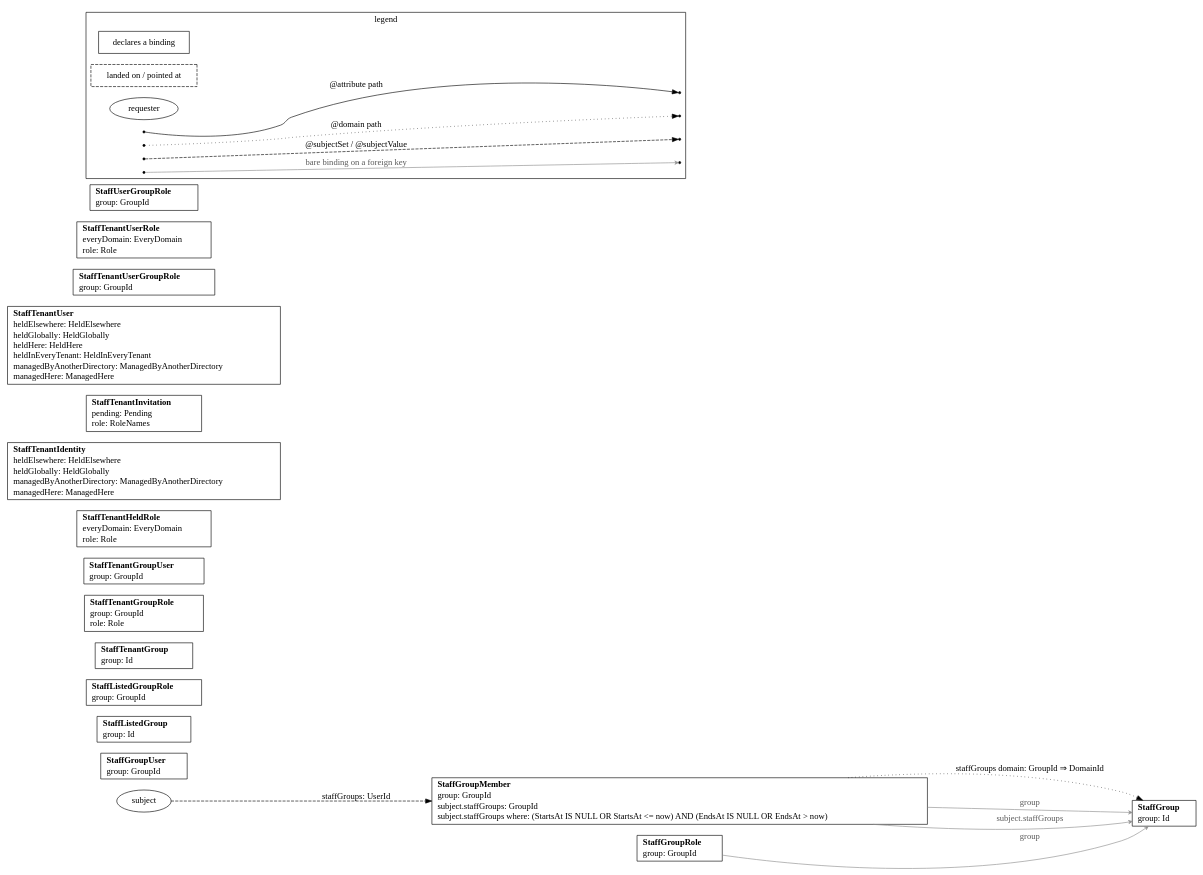
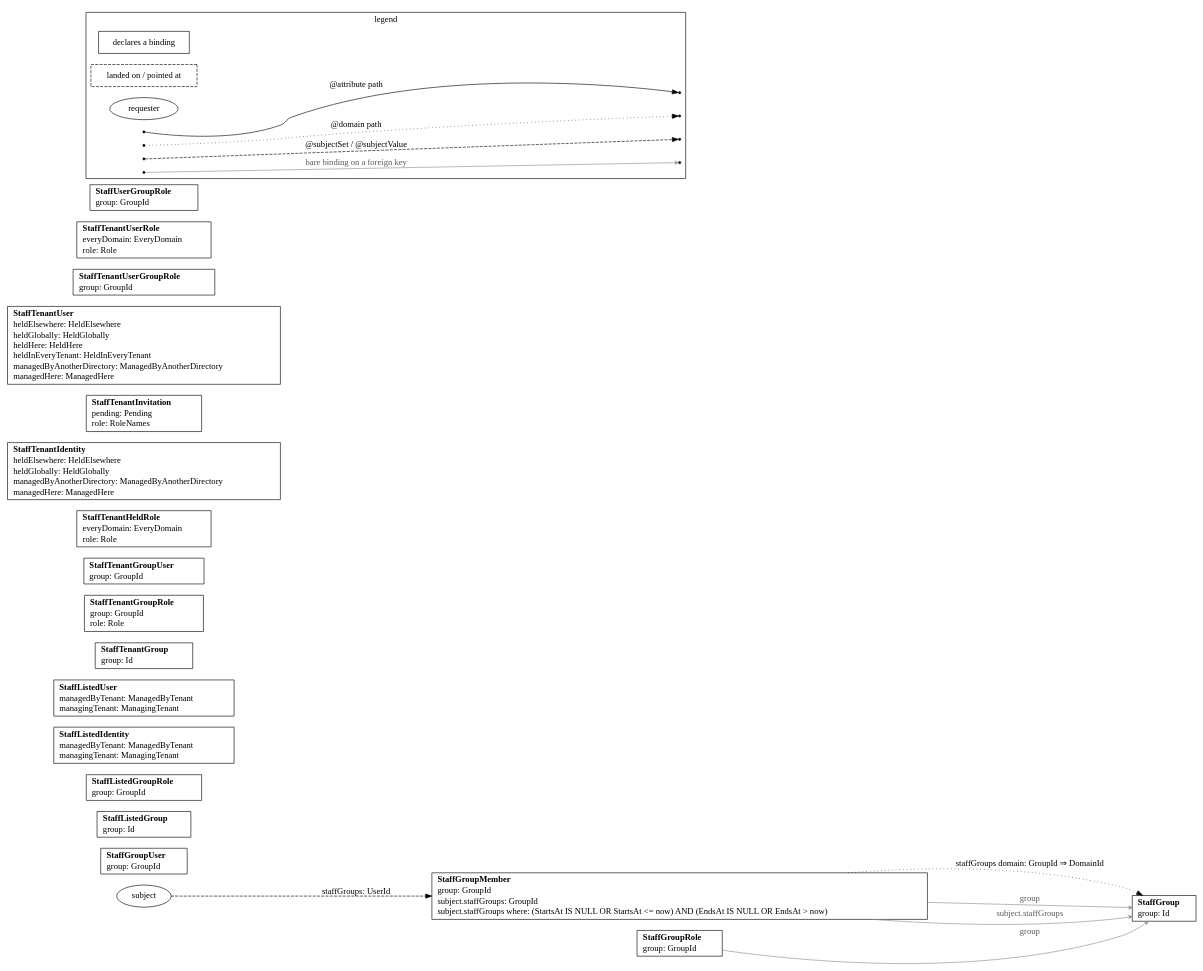
One commit to impulseframework/impulse changed the diagram in cmd/impulse/internal/skeleton/_candidates/tenanted/pkg/resources/zz_gen_bindings.dot. Above: the diagram before and after it, drawn with Graphviz. The commit also changed 106 other files, not shown here.

```diff
--- a/cmd/impulse/internal/skeleton/_candidates/tenanted/pkg/resources/zz_gen_bindings.dot
+++ b/cmd/impulse/internal/skeleton/_candidates/tenanted/pkg/resources/zz_gen_bindings.dot
@@ -1,62 +1,64 @@
 // Code generated by resourcegeneration. DO NOT EDIT.
 // Bindings: every attribute and subject binding this package declares. A box per
 // declaring resource lists its bare bindings as `name: column`; dashed boxes are
 // the tables a path lands on or a foreign key points at; the subject ellipse is
 // the requester, entering each anchor once with every name it yields there. One
 // edge per hop, drawn once however many paths share it: solid for @attribute,
 // dotted for @domain, dashed for a subject binding, labeled `name: column` on a
 // continuing hop and `name: column ⇒ column` where the path terminates; a thin
 // gray edge points a bare binding on a foreign key at its table. Facts only: no
 // grant or condition is drawn.
 // A subject set that writes a who: or a where: part lists each under the set, in
 // the columns' names: who: says which rows are the requester's, where: which of
 // those rows count. A set that builds on another is a dashed edge from the
 // resource declaring that other set, labeled `name: column IN subject.other`.
 // A subject set that writes a domain: part says where its rows' tenant is found,
 // and in a request with a tenant the set holds that tenant's rows alone. The path
 // is drawn dotted, as @domain's is, under the set's name: `name domain: column` on
 // a continuing hop and `name domain: column ⇒ column` where it reads the tenant.
 digraph Bindings {
 	rankdir=LR;
 	node [shape=box];
 	"StaffGroup" [label=<<table border="0" cellborder="0" cellspacing="0" cellpadding="1"><tr><td align="left"><b>StaffGroup</b></td></tr><tr><td align="left">group: Id</td></tr></table>>];
 	"StaffGroupMember" [label=<<table border="0" cellborder="0" cellspacing="0" cellpadding="1"><tr><td align="left"><b>StaffGroupMember</b></td></tr><tr><td align="left">group: GroupId</td></tr><tr><td align="left">subject.staffGroups: GroupId</td></tr><tr><td align="left">subject.staffGroups where: (StartsAt IS NULL OR StartsAt &lt;= now) AND (EndsAt IS NULL OR EndsAt &gt; now)</td></tr></table>>];
 	"StaffGroupRole" [label=<<table border="0" cellborder="0" cellspacing="0" cellpadding="1"><tr><td align="left"><b>StaffGroupRole</b></td></tr><tr><td align="left">group: GroupId</td></tr></table>>];
 	"StaffGroupUser" [label=<<table border="0" cellborder="0" cellspacing="0" cellpadding="1"><tr><td align="left"><b>StaffGroupUser</b></td></tr><tr><td align="left">group: GroupId</td></tr></table>>];
 	"StaffListedGroup" [label=<<table border="0" cellborder="0" cellspacing="0" cellpadding="1"><tr><td align="left"><b>StaffListedGroup</b></td></tr><tr><td align="left">group: Id</td></tr></table>>];
 	"StaffListedGroupRole" [label=<<table border="0" cellborder="0" cellspacing="0" cellpadding="1"><tr><td align="left"><b>StaffListedGroupRole</b></td></tr><tr><td align="left">group: GroupId</td></tr></table>>];
+	"StaffListedIdentity" [label=<<table border="0" cellborder="0" cellspacing="0" cellpadding="1"><tr><td align="left"><b>StaffListedIdentity</b></td></tr><tr><td align="left">managedByTenant: ManagedByTenant</td></tr><tr><td align="left">managingTenant: ManagingTenant</td></tr></table>>];
+	"StaffListedUser" [label=<<table border="0" cellborder="0" cellspacing="0" cellpadding="1"><tr><td align="left"><b>StaffListedUser</b></td></tr><tr><td align="left">managedByTenant: ManagedByTenant</td></tr><tr><td align="left">managingTenant: ManagingTenant</td></tr></table>>];
 	"StaffTenantGroup" [label=<<table border="0" cellborder="0" cellspacing="0" cellpadding="1"><tr><td align="left"><b>StaffTenantGroup</b></td></tr><tr><td align="left">group: Id</td></tr></table>>];
 	"StaffTenantGroupRole" [label=<<table border="0" cellborder="0" cellspacing="0" cellpadding="1"><tr><td align="left"><b>StaffTenantGroupRole</b></td></tr><tr><td align="left">group: GroupId</td></tr><tr><td align="left">role: Role</td></tr></table>>];
 	"StaffTenantGroupUser" [label=<<table border="0" cellborder="0" cellspacing="0" cellpadding="1"><tr><td align="left"><b>StaffTenantGroupUser</b></td></tr><tr><td align="left">group: GroupId</td></tr></table>>];
 	"StaffTenantHeldRole" [label=<<table border="0" cellborder="0" cellspacing="0" cellpadding="1"><tr><td align="left"><b>StaffTenantHeldRole</b></td></tr><tr><td align="left">everyDomain: EveryDomain</td></tr><tr><td align="left">role: Role</td></tr></table>>];
 	"StaffTenantIdentity" [label=<<table border="0" cellborder="0" cellspacing="0" cellpadding="1"><tr><td align="left"><b>StaffTenantIdentity</b></td></tr><tr><td align="left">heldElsewhere: HeldElsewhere</td></tr><tr><td align="left">heldGlobally: HeldGlobally</td></tr><tr><td align="left">managedByAnotherDirectory: ManagedByAnotherDirectory</td></tr><tr><td align="left">managedHere: ManagedHere</td></tr></table>>];
 	"StaffTenantInvitation" [label=<<table border="0" cellborder="0" cellspacing="0" cellpadding="1"><tr><td align="left"><b>StaffTenantInvitation</b></td></tr><tr><td align="left">pending: Pending</td></tr><tr><td align="left">role: RoleNames</td></tr></table>>];
 	"StaffTenantUser" [label=<<table border="0" cellborder="0" cellspacing="0" cellpadding="1"><tr><td align="left"><b>StaffTenantUser</b></td></tr><tr><td align="left">heldElsewhere: HeldElsewhere</td></tr><tr><td align="left">heldGlobally: HeldGlobally</td></tr><tr><td align="left">heldHere: HeldHere</td></tr><tr><td align="left">heldInEveryTenant: HeldInEveryTenant</td></tr><tr><td align="left">managedByAnotherDirectory: ManagedByAnotherDirectory</td></tr><tr><td align="left">managedHere: ManagedHere</td></tr></table>>];
 	"StaffTenantUserGroupRole" [label=<<table border="0" cellborder="0" cellspacing="0" cellpadding="1"><tr><td align="left"><b>StaffTenantUserGroupRole</b></td></tr><tr><td align="left">group: GroupId</td></tr></table>>];
 	"StaffTenantUserRole" [label=<<table border="0" cellborder="0" cellspacing="0" cellpadding="1"><tr><td align="left"><b>StaffTenantUserRole</b></td></tr><tr><td align="left">everyDomain: EveryDomain</td></tr><tr><td align="left">role: Role</td></tr></table>>];
 	"StaffUserGroupRole" [label=<<table border="0" cellborder="0" cellspacing="0" cellpadding="1"><tr><td align="left"><b>StaffUserGroupRole</b></td></tr><tr><td align="left">group: GroupId</td></tr></table>>];
 	"subject" [shape=ellipse];
 	"StaffGroupMember" -> "StaffGroup" [style=dotted, label="staffGroups domain: GroupId ⇒ DomainId"];
 	"subject" -> "StaffGroupMember" [style=dashed, label="staffGroups: UserId"];
 	"StaffGroupMember" -> "StaffGroup" [color=gray55, fontcolor=gray35, arrowhead=vee, arrowsize=0.6, label="group"];
 	"StaffGroupMember" -> "StaffGroup" [color=gray55, fontcolor=gray35, arrowhead=vee, arrowsize=0.6, label="subject.staffGroups"];
 	"StaffGroupRole" -> "StaffGroup" [color=gray55, fontcolor=gray35, arrowhead=vee, arrowsize=0.6, label="group"];
 	subgraph cluster_legend {
 		label="legend";
 		"declares a binding" [shape=box];
 		"landed on / pointed at" [shape=box, style=dashed];
 		"requester" [shape=ellipse];
 		"legend:attribute" [shape=point];
 		"legend:attribute:to" [shape=point];
 		"legend:domain" [shape=point];
 		"legend:domain:to" [shape=point];
 		"legend:subject" [shape=point];
 		"legend:subject:to" [shape=point];
 		"legend:reference" [shape=point];
 		"legend:reference:to" [shape=point];
 		"legend:attribute" -> "legend:attribute:to" [label="@attribute path"];
 		"legend:domain" -> "legend:domain:to" [style=dotted, label="@domain path"];
 		"legend:subject" -> "legend:subject:to" [style=dashed, label="@subjectSet / @subjectValue"];
 		"legend:reference" -> "legend:reference:to" [color=gray55, fontcolor=gray35, arrowhead=vee, arrowsize=0.6, label="bare binding on a foreign key"];
 	}
 }
```
